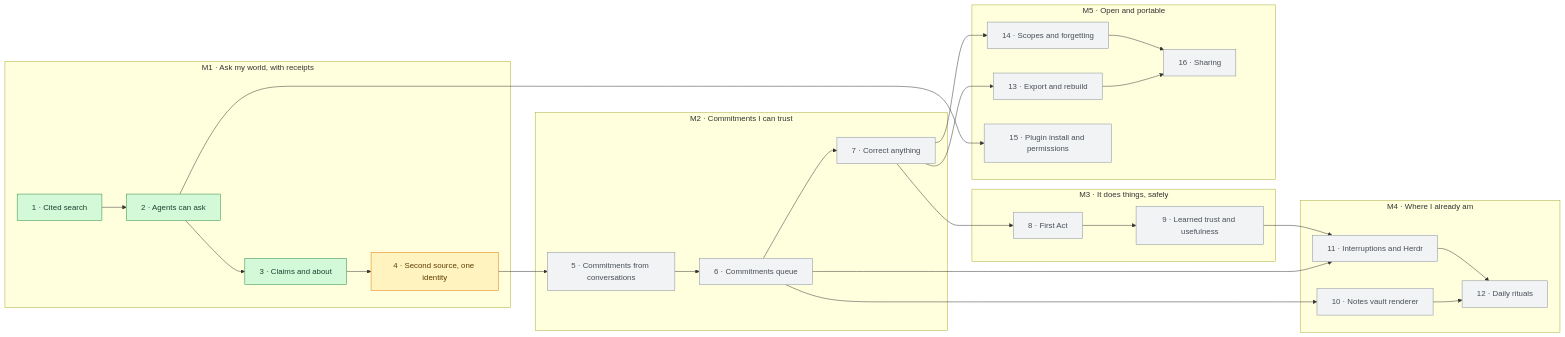
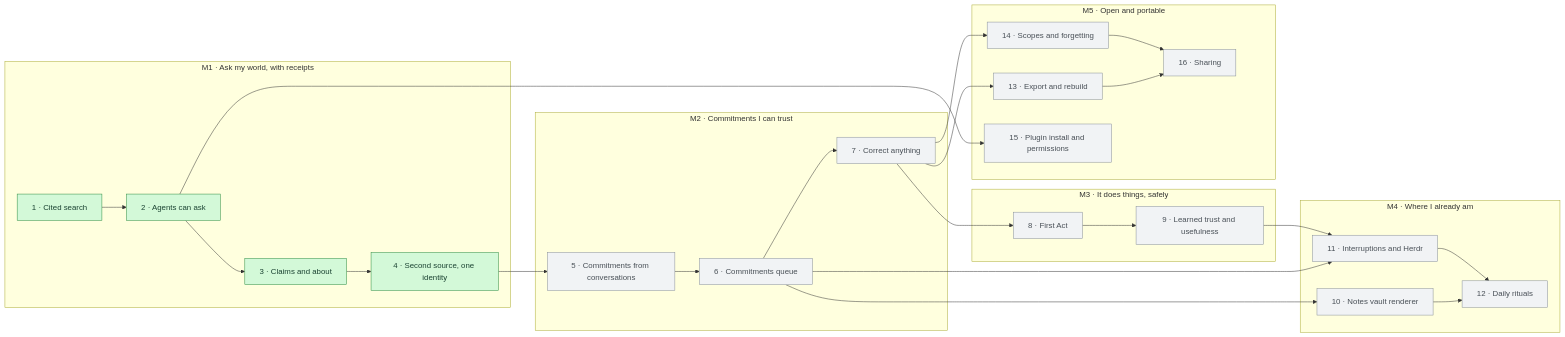
Before and after one commit to FBisca/rastro-ai: the diagram in README.md, drawn with Mermaid. The commit also changed 26 other files, not shown here.

````diff
--- a/README.md
+++ b/README.md
@@ -46,49 +46,48 @@
 ```mermaid
 flowchart LR
   subgraph M1["M1 · Ask my world, with receipts"]
     s1["1 · Cited search"]
     s2["2 · Agents can ask"]
     s3["3 · Claims and about"]
     s4["4 · Second source, one identity"]
   end
   subgraph M2["M2 · Commitments I can trust"]
     s5["5 · Commitments from conversations"]
     s6["6 · Commitments queue"]
     s7["7 · Correct anything"]
   end
   subgraph M3["M3 · It does things, safely"]
     s8["8 · First Act"]
     s9["9 · Learned trust and usefulness"]
   end
   subgraph M4["M4 · Where I already am"]
     s10["10 · Notes vault renderer"]
     s11["11 · Interruptions and Herdr"]
     s12["12 · Daily rituals"]
   end
   subgraph M5["M5 · Open and portable"]
     s13["13 · Export and rebuild"]
     s14["14 · Scopes and forgetting"]
     s15["15 · Plugin install and permissions"]
     s16["16 · Sharing"]
   end
 
   s1 --> s2 --> s3 --> s4 --> s5 --> s6 --> s7 --> s8 --> s9
   s6 --> s10
   s6 --> s11
   s9 --> s11
   s10 --> s12
   s11 --> s12
   s7 --> s13
   s7 --> s14
   s13 --> s16
   s14 --> s16
   s2 --> s15
 
   classDef done fill:#d3f9d8,stroke:#2b8a3e,color:#1b4332
   classDef doing fill:#fff3bf,stroke:#e67700,color:#5c3d00
   classDef planning fill:#d0ebff,stroke:#1971c2,color:#0b3d6e
   classDef todo fill:#f1f3f5,stroke:#868e96,color:#495057
-  class s1,s2,s3 done
-  class s4 doing
+  class s1,s2,s3,s4 done
   class s5,s6,s7,s8,s9,s10,s11,s12,s13,s14,s15,s16 todo
 ```
````
